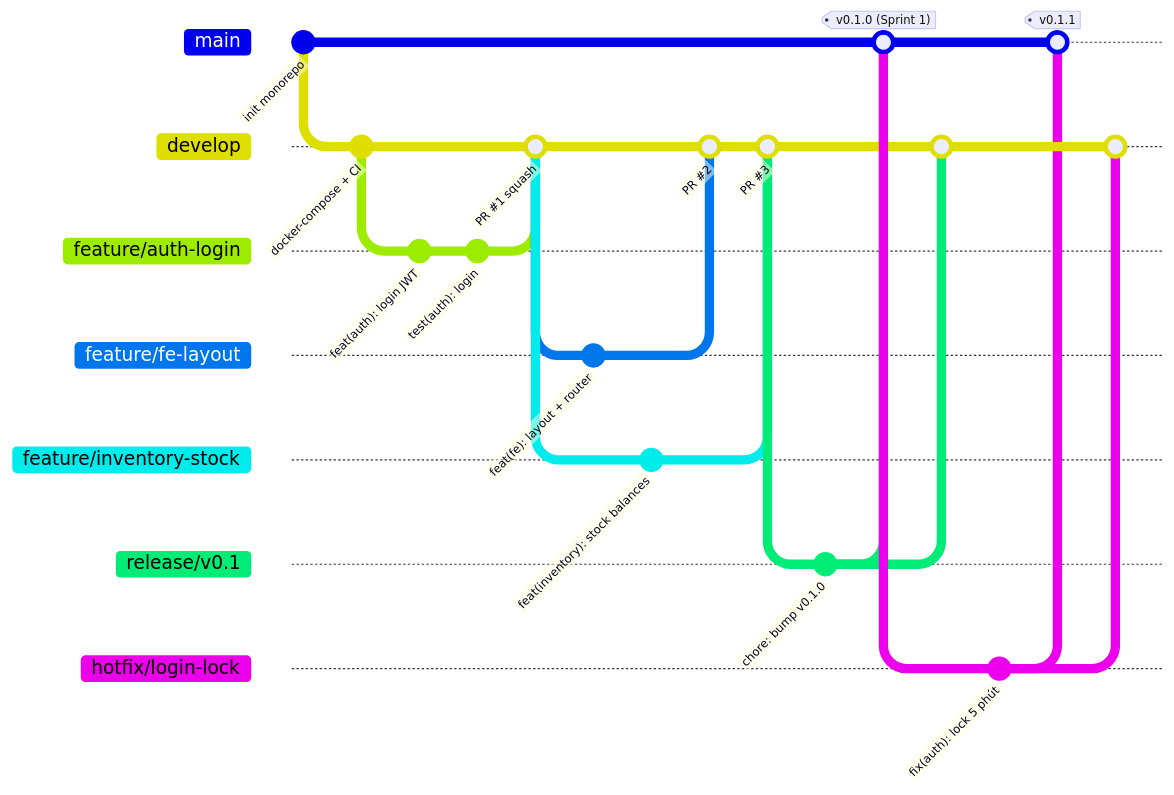
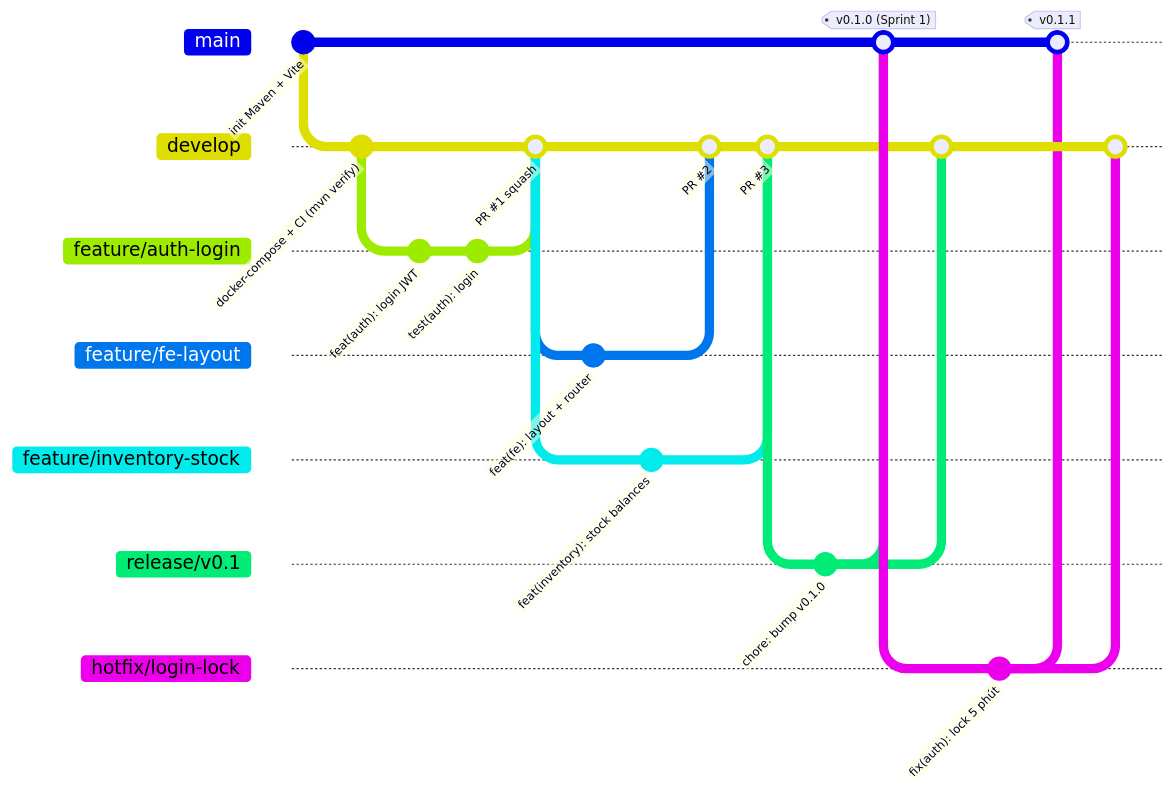
The diagram in Docs/diagrams/mermaid-src/07-git-workflow.mmd (Nhatpham12/MicroInvent), drawn with Mermaid before and after one commit. The commit also changed 11 other files, not shown here.

```diff
--- a/Docs/diagrams/mermaid-src/07-git-workflow.mmd
+++ b/Docs/diagrams/mermaid-src/07-git-workflow.mmd
@@ -1,35 +1,35 @@
 gitGraph
-  commit id: "init monorepo"
+  commit id: "init Maven + Vite"
   branch develop
   checkout develop
-  commit id: "docker-compose + CI"
+  commit id: "docker-compose + CI (mvn verify)"
   branch feature/auth-login
   checkout feature/auth-login
   commit id: "feat(auth): login JWT"
   commit id: "test(auth): login"
   checkout develop
   merge feature/auth-login id: "PR #1 squash"
   branch feature/fe-layout
   checkout feature/fe-layout
   commit id: "feat(fe): layout + router"
   checkout develop
   branch feature/inventory-stock
   checkout feature/inventory-stock
   commit id: "feat(inventory): stock balances"
   checkout develop
   merge feature/fe-layout id: "PR #2"
   merge feature/inventory-stock id: "PR #3"
   branch release/v0.1
   checkout release/v0.1
   commit id: "chore: bump v0.1.0"
   checkout main
   merge release/v0.1 tag: "v0.1.0 (Sprint 1)"
   checkout develop
   merge release/v0.1
   checkout main
   branch hotfix/login-lock
   commit id: "fix(auth): lock 5 phút"
   checkout main
   merge hotfix/login-lock tag: "v0.1.1"
   checkout develop
   merge hotfix/login-lock
```
